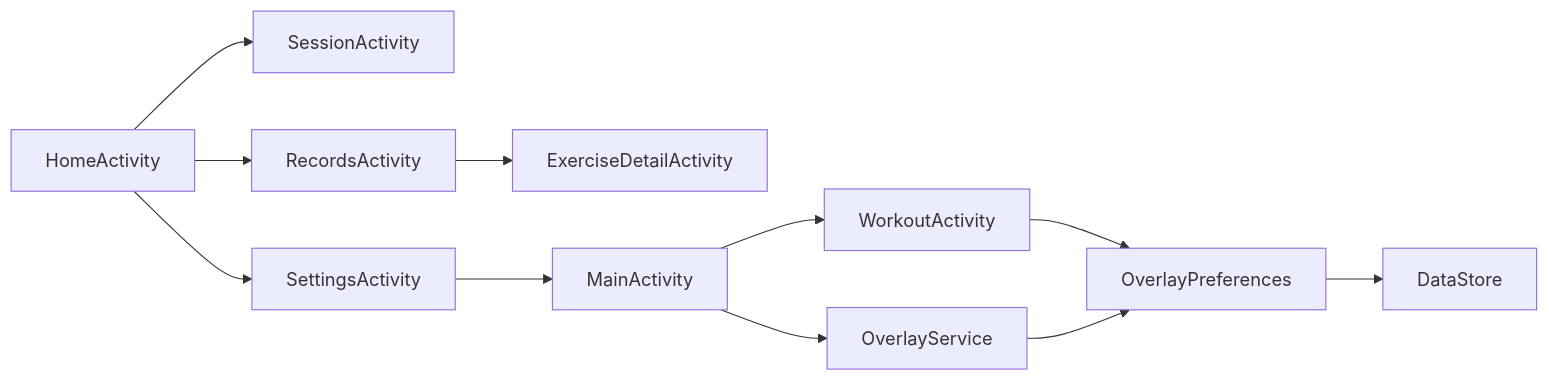
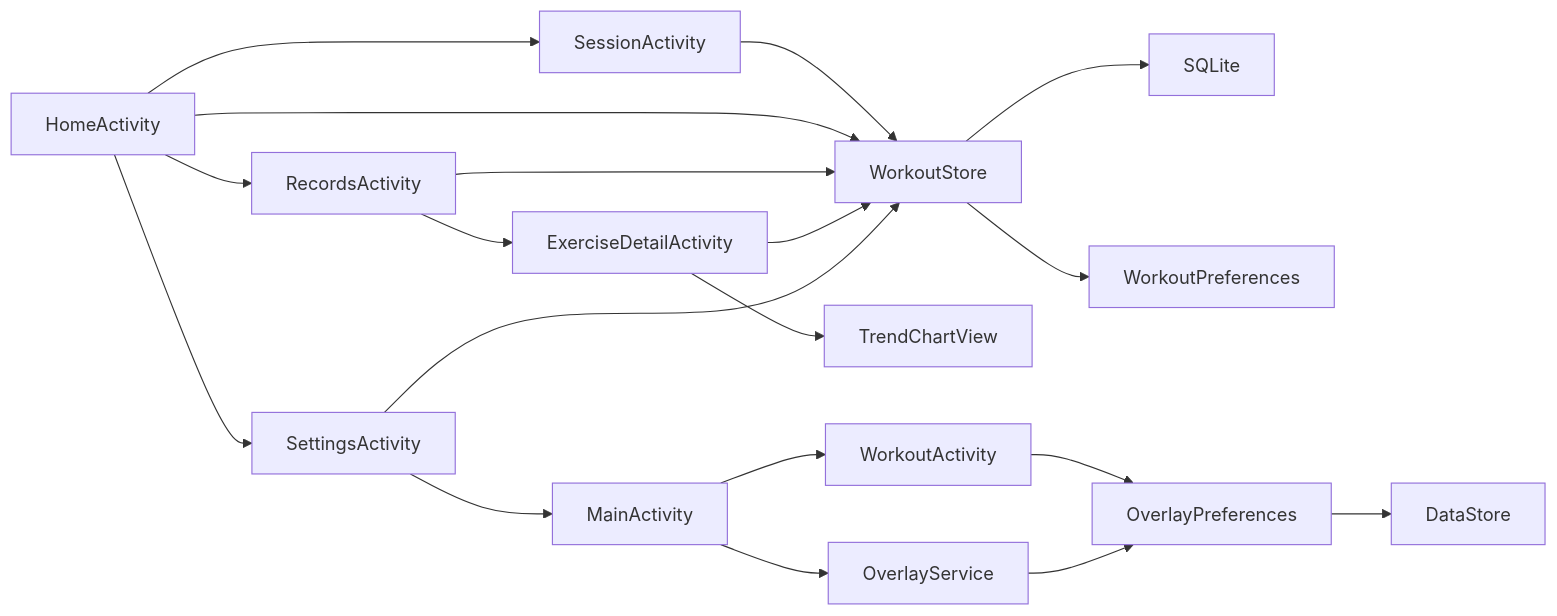
Before and after one commit to JaceDashS/lift-log: the diagram in docs/architecture/10-overview.md, drawn with Mermaid. The commit also changed other lines of this file and 32 other files, not shown here.

First line of the commit message:
[feat] Implement workout recording roadmap

````diff
--- a/docs/architecture/10-overview.md
+++ b/docs/architecture/10-overview.md
@@ -4,13 +4,21 @@
 ```mermaid
 flowchart LR
  HomeActivity --> SessionActivity
+ SessionActivity --> WorkoutStore
+ HomeActivity --> WorkoutStore
+ RecordsActivity --> WorkoutStore
+ ExerciseDetailActivity --> WorkoutStore
+ ExerciseDetailActivity --> TrendChartView
+ SettingsActivity --> WorkoutStore
+ WorkoutStore --> SQLite
+ WorkoutStore --> WorkoutPreferences
  HomeActivity --> RecordsActivity
  RecordsActivity --> ExerciseDetailActivity
  HomeActivity --> SettingsActivity
  SettingsActivity --> MainActivity
  MainActivity --> WorkoutActivity
  MainActivity --> OverlayService
  WorkoutActivity --> OverlayPreferences
  OverlayService --> OverlayPreferences
  OverlayPreferences --> DataStore
 ```
````
